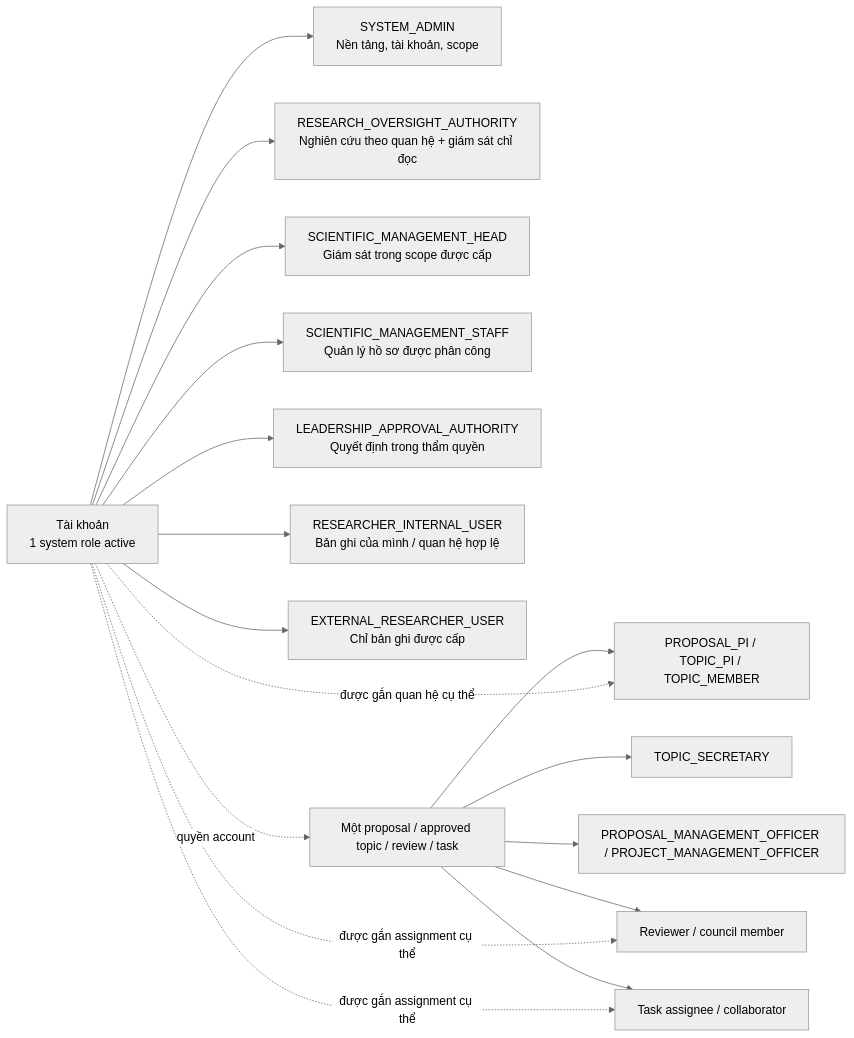
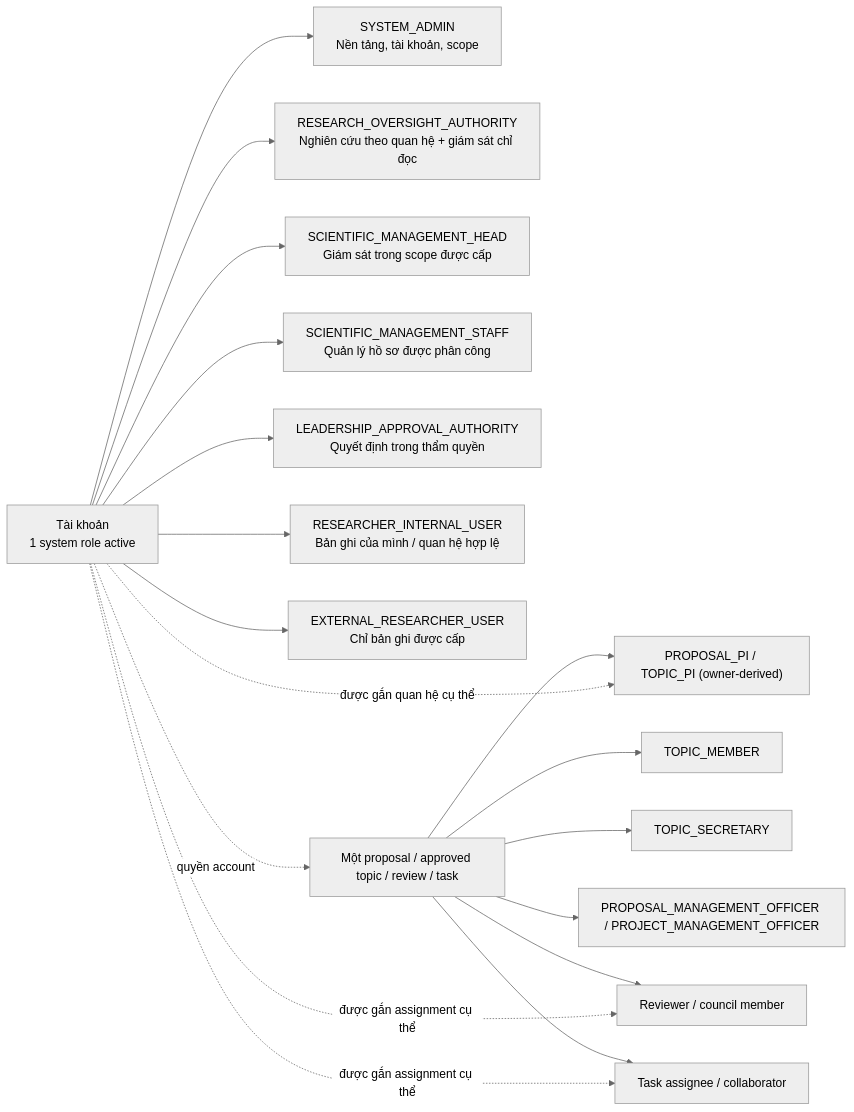
Before and after one commit to thanhdotien278/DocManS: the first of 10 diagrams in docs/user-flows.md, drawn with Mermaid (neutral theme). The commit also changed other lines of this file and 38 other files, not shown here.

````diff
--- a/docs/user-flows.md
+++ b/docs/user-flows.md
@@ -35,21 +35,22 @@
 ```mermaid
 flowchart LR
   account["Tài khoản<br/>1 system role active"] --> admin["SYSTEM_ADMIN<br/>Nền tảng, tài khoản, scope"]
   account --> oversight["RESEARCH_OVERSIGHT_AUTHORITY<br/>Nghiên cứu theo quan hệ + giám sát chỉ đọc"]
   account --> head["SCIENTIFIC_MANAGEMENT_HEAD<br/>Giám sát trong scope được cấp"]
   account --> staff["SCIENTIFIC_MANAGEMENT_STAFF<br/>Quản lý hồ sơ được phân công"]
   account --> leader["LEADERSHIP_APPROVAL_AUTHORITY<br/>Quyết định trong thẩm quyền"]
   account --> internal["RESEARCHER_INTERNAL_USER<br/>Bản ghi của mình / quan hệ hợp lệ"]
   account --> external["EXTERNAL_RESEARCHER_USER<br/>Chỉ bản ghi được cấp"]
 
-  record["Một proposal / approved topic / review / task"] --> pi["PROPOSAL_PI / TOPIC_PI / TOPIC_MEMBER"]
+  record["Một proposal / approved topic / review / task"] --> pi["PROPOSAL_PI / TOPIC_PI (owner-derived)"]
+  record --> member["TOPIC_MEMBER"]
   record --> secretary["TOPIC_SECRETARY"]
   record --> officer["PROPOSAL_MANAGEMENT_OFFICER / PROJECT_MANAGEMENT_OFFICER"]
   record --> reviewer["Reviewer / council member"]
   record --> assignee["Task assignee / collaborator"]
 
   account -. "quyền account" .-> record
   account -. "được gắn quan hệ cụ thể" .-> pi
   account -. "được gắn assignment cụ thể" .-> reviewer
   account -. "được gắn assignment cụ thể" .-> assignee
 ```
````
